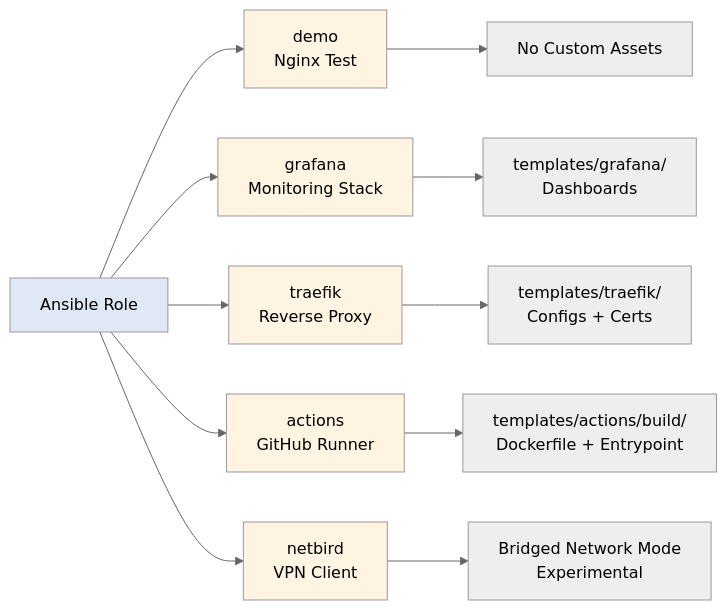
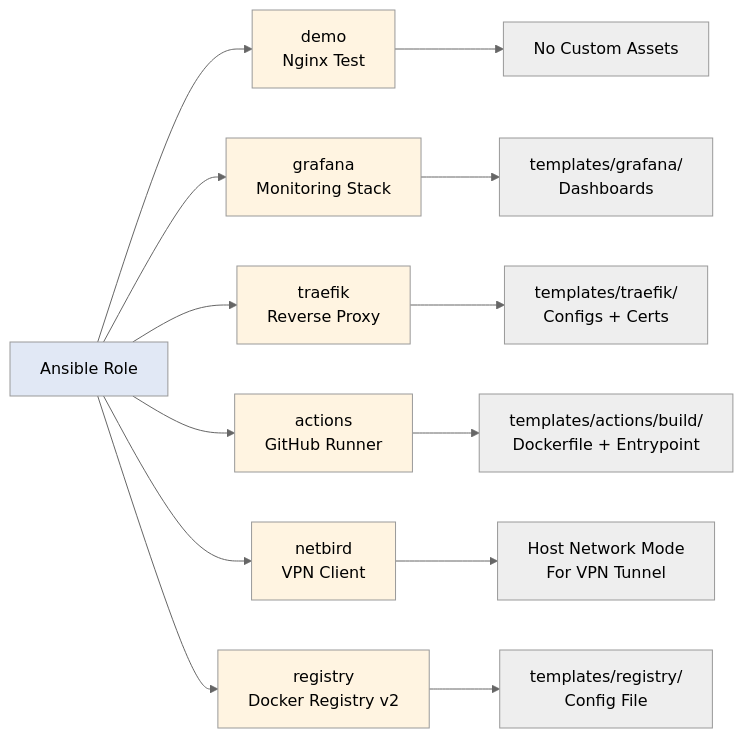
Before and after one commit to cloudnonsense-com/ansible-role-compose-stack: the fourth of 5 diagrams in docs/architecture.md, drawn with Mermaid (neutral theme). The commit also changed other lines of this file and 2 other files, not shown here.

Commit message:
docs: update documentation for registry stack and recent features
- Add registry stack to architecture diagrams and stack listings
- Update Netbird networking description (network_mode: host)
- Add registry stack documentation with services and features
- Include port exposure control note in CLAUDE.md
- Synchronize all documentation with recent codebase changes

🤖 Generated with [Claude Code](https://claude.com/claude-code)

````diff
--- a/docs/architecture.md
+++ b/docs/architecture.md
@@ -141,25 +141,29 @@
 ```mermaid
 graph LR
     Role[Ansible Role] --> Demo[demo<br/>Nginx Test]
     Role --> Grafana[grafana<br/>Monitoring Stack]
     Role --> Traefik[traefik<br/>Reverse Proxy]
     Role --> Runner[actions<br/>GitHub Runner]
     Role --> Netbird[netbird<br/>VPN Client]
+    Role --> Registry[registry<br/>Docker Registry v2]
 
     Demo --> DemoAssets[No Custom Assets]
 
     Grafana --> GrafanaAssets[templates/grafana/<br/>Dashboards]
 
     Traefik --> TraefikAssets[templates/traefik/<br/>Configs + Certs]
 
     Runner --> RunnerAssets[templates/actions/build/<br/>Dockerfile + Entrypoint]
 
-    Netbird --> NetbirdAssets[Bridged Network Mode<br/>Experimental]
+    Netbird --> NetbirdAssets[Host Network Mode<br/>For VPN Tunnel]
+
+    Registry --> RegistryAssets[templates/registry/<br/>Config File]
 
     style Role fill:#e1e8f5
     style Demo fill:#fff4e1
     style Grafana fill:#fff4e1
     style Traefik fill:#fff4e1
     style Runner fill:#fff4e1
     style Netbird fill:#fff4e1
+    style Registry fill:#fff4e1
 ```
````
